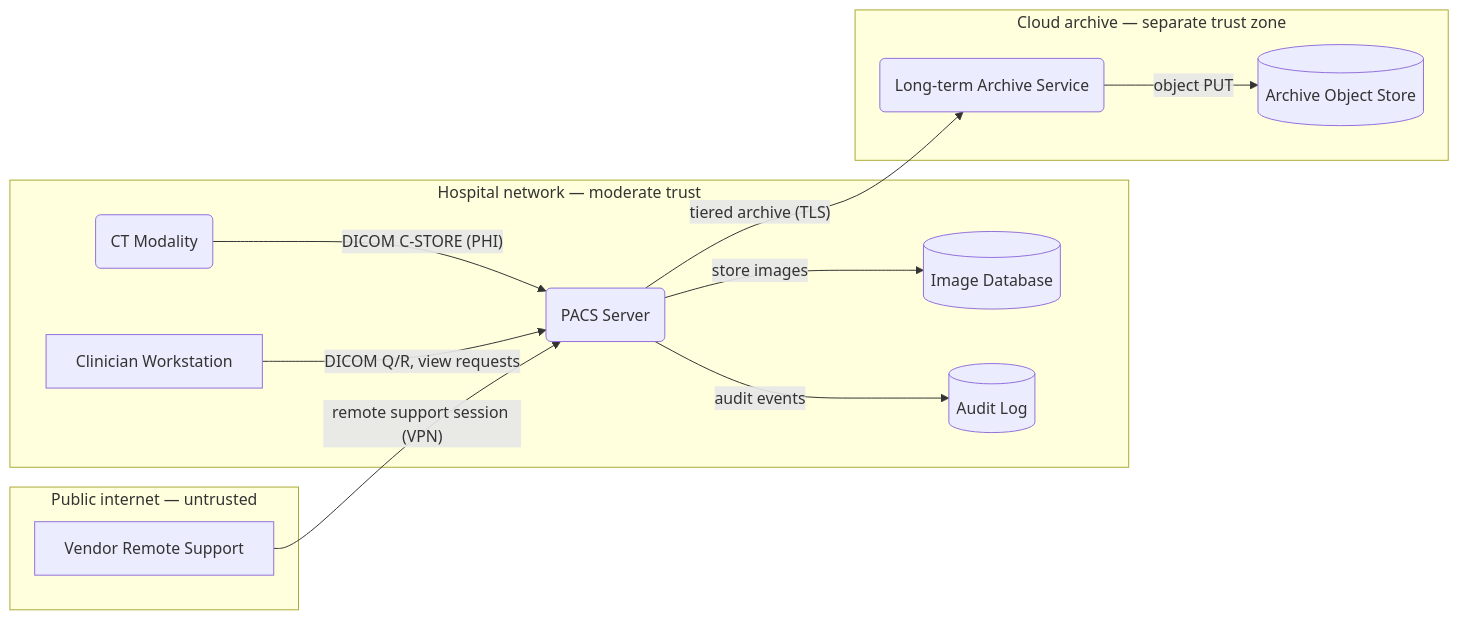
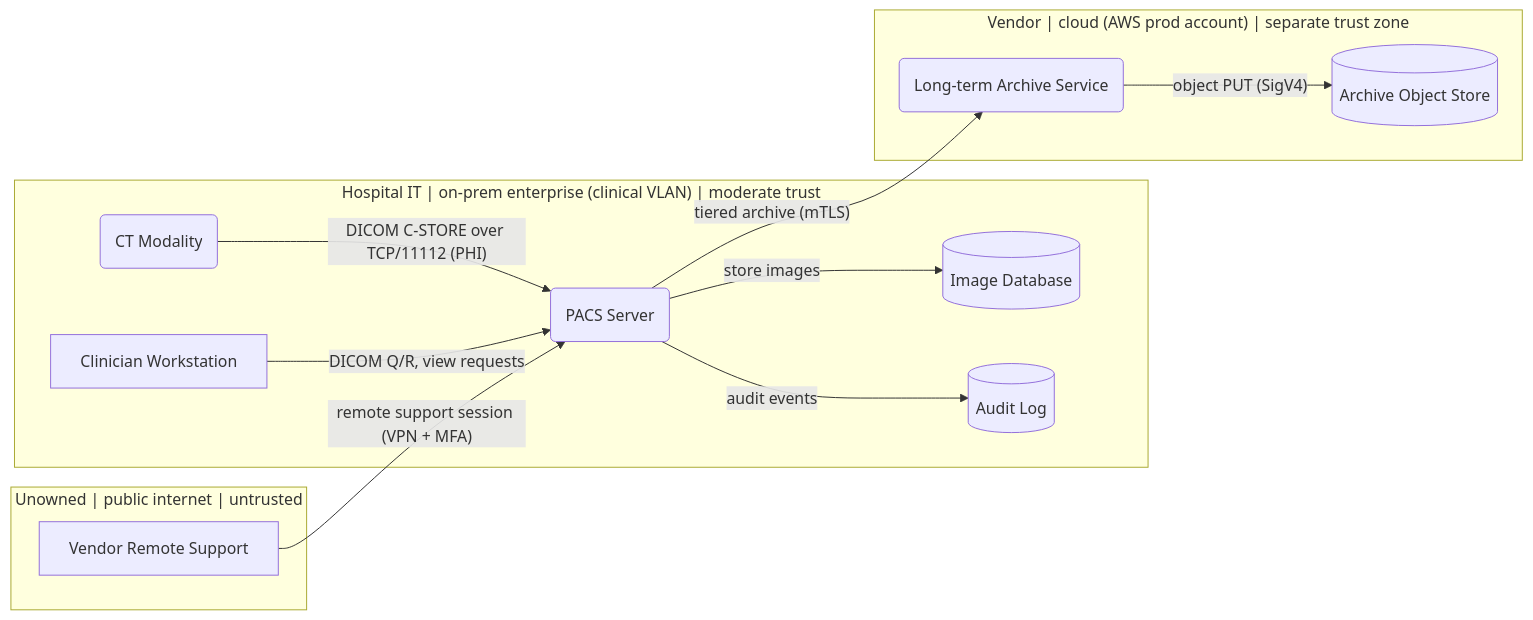
The diagram in references/dfd-mermaid.md (tmart234/threat-model-claude-skill), drawn with Mermaid before and after one commit. The commit also changed other lines of this file and 4 other files, not shown here.

````diff
--- a/references/dfd-mermaid.md
+++ b/references/dfd-mermaid.md
@@ -28,27 +28,27 @@
 ```mermaid
 flowchart LR
-    subgraph Hospital["Hospital network — moderate trust"]
+    subgraph Hospital["Hospital IT | on-prem enterprise (clinical VLAN) | moderate trust"]
         Modality(CT Modality)
         Workstation[Clinician Workstation]
         PACS(PACS Server)
         ImageDB[(Image Database)]
         AuditDB[(Audit Log)]
     end
 
-    subgraph Internet["Public internet — untrusted"]
+    subgraph Internet["Unowned | public internet | untrusted"]
         Vendor[Vendor Remote Support]
     end
 
-    subgraph Cloud["Cloud archive — separate trust zone"]
+    subgraph Cloud["Vendor | cloud (AWS prod account) | separate trust zone"]
         Archive(Long-term Archive Service)
         ArchiveStore[(Archive Object Store)]
     end
 
-    Modality -- "DICOM C-STORE (PHI)" --> PACS
+    Modality -- "DICOM C-STORE over TCP/11112 (PHI)" --> PACS
     Workstation -- "DICOM Q/R, view requests" --> PACS
     PACS -- "store images" --> ImageDB
     PACS -- "audit events" --> AuditDB
-    PACS -- "tiered archive (TLS)" --> Archive
-    Archive -- "object PUT" --> ArchiveStore
-    Vendor -- "remote support session (VPN)" --> PACS
+    PACS -- "tiered archive (mTLS)" --> Archive
+    Archive -- "object PUT (SigV4)" --> ArchiveStore
+    Vendor -- "remote support session (VPN + MFA)" --> PACS
 ```
````
